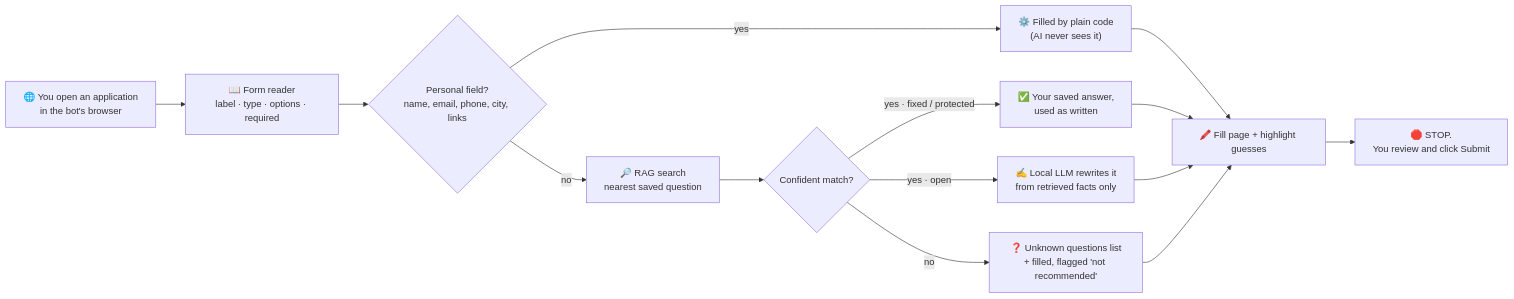
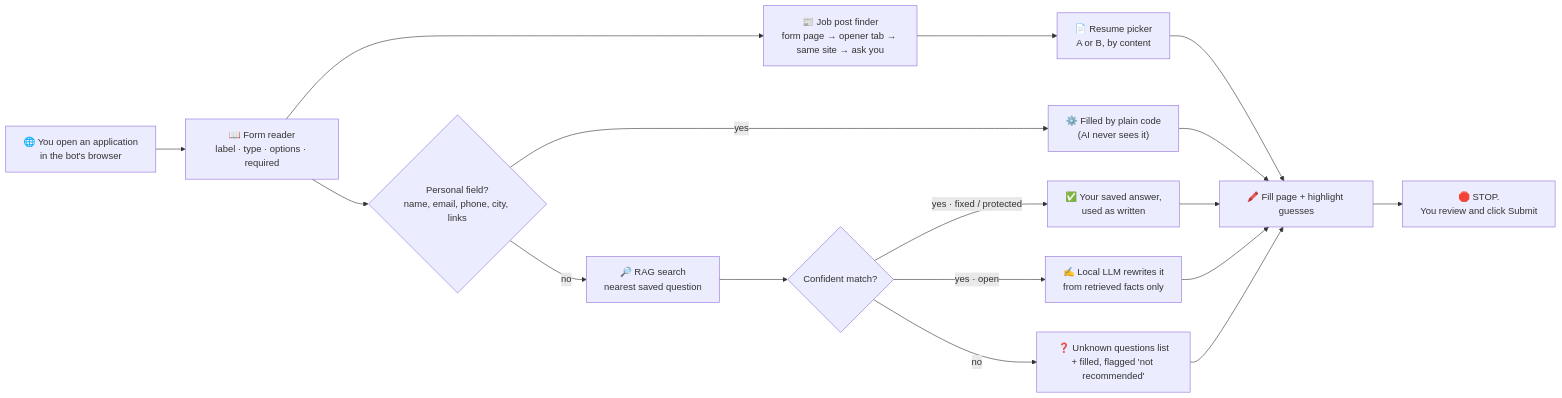
Before and after one commit to Jenel-web/JobPilot: the diagram in README.md, drawn with Mermaid. The commit also changed other lines of this file, not shown here.

Commit message:
docs: README brought up to date with Phase 4 progress (filler, job post finder, API)

````diff
--- a/README.md
+++ b/README.md
@@ -33,16 +33,19 @@
 ```mermaid
 flowchart LR
     A["🌐 You open an application<br/>in the bot's browser"] --> B["📖 Form reader<br/>label · type · options · required"]
     B --> C{"Personal field?<br/>name, email, phone, city, links"}
     C -- yes --> D["⚙️ Filled by plain code<br/>(AI never sees it)"]
     C -- no --> E["🔎 RAG search<br/>nearest saved question"]
+    B --> P["📰 Job post finder<br/>form page → opener tab → same site → ask you"]
+    P --> R["📄 Resume picker<br/>A or B, by content"]
+    R --> J
     E --> F{"Confident match?"}
     F -- "yes · fixed / protected" --> G["✅ Your saved answer,<br/>used as written"]
     F -- "yes · open" --> H["✍️ Local LLM rewrites it<br/>from retrieved facts only"]
     F -- no --> I["❓ Unknown questions list<br/>+ filled, flagged 'not recommended'"]
     D --> J["🖍️ Fill page + highlight guesses"]
     G --> J
     H --> J
     I --> J
     J --> K["🛑 STOP.<br/>You review and click Submit"]
 ```
````
